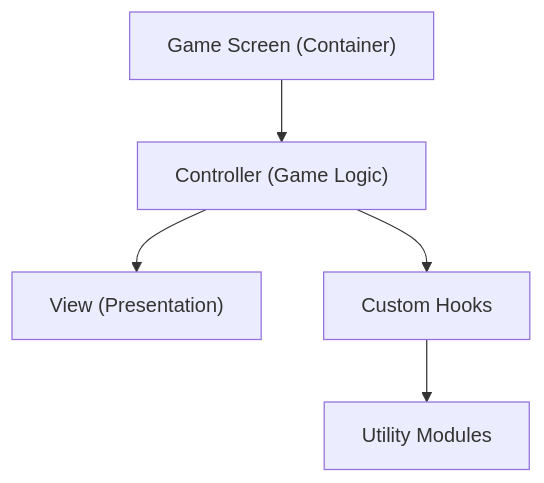
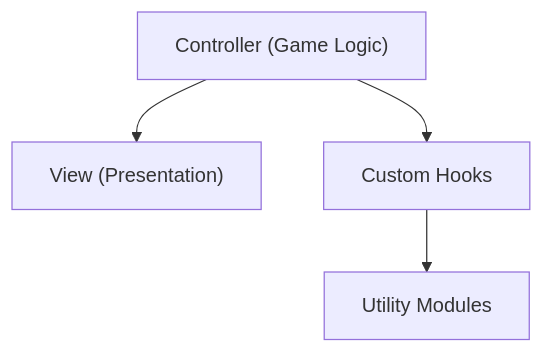
The first of 3 diagrams in docs/ARCHITECTURE.md (ejfn/Tractor), drawn with Mermaid before and after one commit. The commit also changed other lines of this file and 18 other files, not shown here.

````diff
--- a/docs/ARCHITECTURE.md
+++ b/docs/ARCHITECTURE.md
@@ -9,7 +9,6 @@
 ```mermaid
 graph TD
-    A["Game Screen (Container)"] --> B["Controller (Game Logic)"]
-    B --> C["View (Presentation)"]
-    B --> D["Custom Hooks"]
-    D --> E["Utility Modules"]
+    A["Controller (Game Logic)"] --> B["View (Presentation)"]
+    A --> C["Custom Hooks"]
+    C --> D["Utility Modules"]
 ```
````
